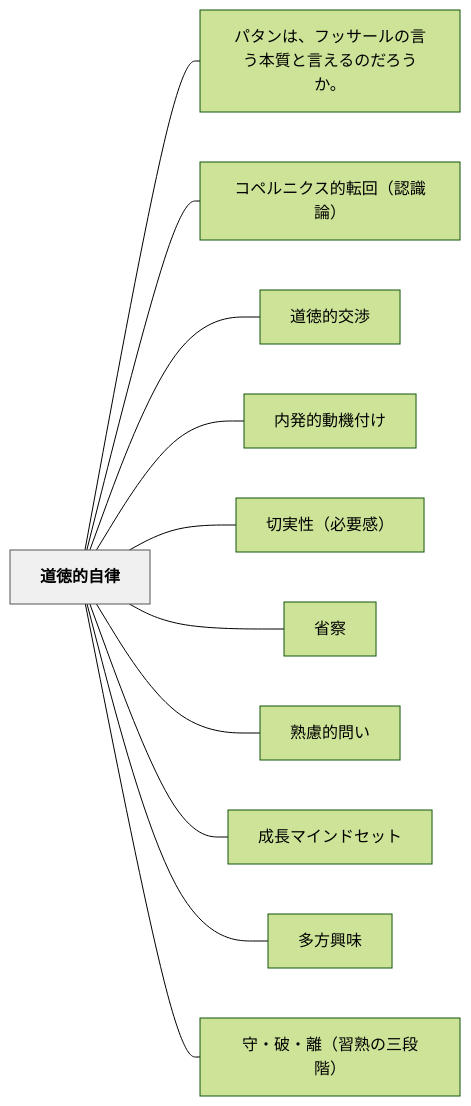
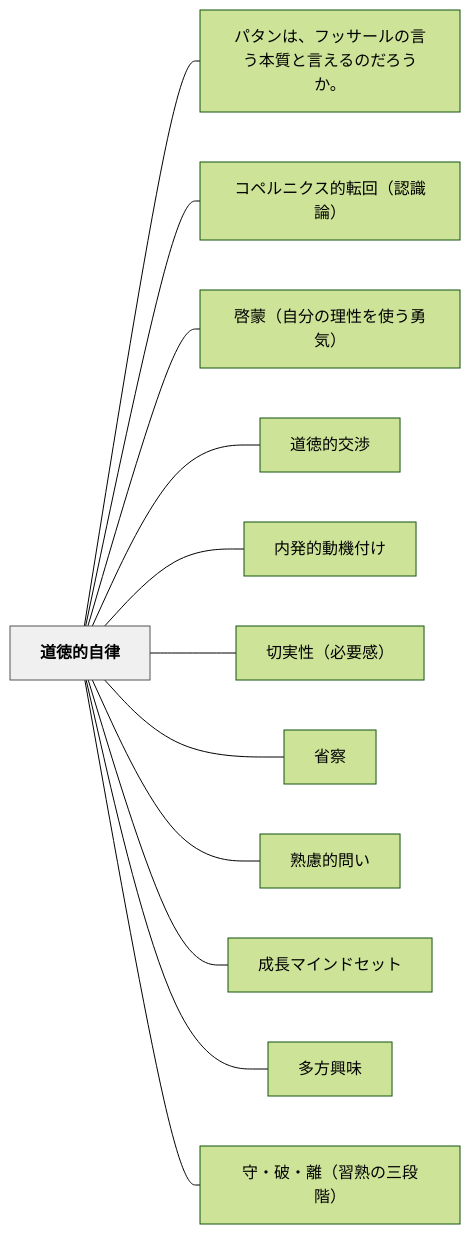
Before and after one commit to unknownthings-ed-patterns/unknownthings-ed-patterns: the diagram in content/パタン/道徳的自律.md, drawn with Mermaid (forest theme). The commit also changed other lines of this file and 16 other files, not shown here.

````diff
--- a/content/パタン/道徳的自律.md
+++ b/content/パタン/道徳的自律.md
@@ -104,28 +111,30 @@
 ```mermaid
 flowchart LR
     ne98193e5beb3e79a84e887aae5be8b["道徳的自律"]
     ne38391e382bfe383b3e381afe38081e38395e38383e382b5e383bce383abe381aee8a880e38186e69cace8b3aae381a8e8a880e38188e3828be381aee381a0e3828de38186e3818be38082["パタンは、フッサールの言う本質と言えるのだろうか。"]
     ne382b3e3839ae383abe3838be382afe382b9e79a84e8bba2e59b9eefbc88e8aa8de8ad98e8ab96efbc89["コペルニクス的転回（認識論）"]
+    ne59593e89299efbc88e887aae58886e381aee79086e680a7e38292e4bdbfe38186e58b87e6b097efbc89["啓蒙（自分の理性を使う勇気）"]
     ne98193e5beb3e79a84e4baa4e6b889["道徳的交渉"]
     ne58685e799bae79a84e58b95e6a99fe4bb98e38191["内発的動機付け"]
     ne58887e5ae9fe680a7efbc88e5bf85e8a681e6849fefbc89["切実性（必要感）"]
     ne79c81e5af9f["省察"]
     ne7869fe685aee79a84e5958fe38184["熟慮的問い"]
     ne68890e995b7e3839ee382a4e383b3e38389e382bbe38383e38388["成長マインドセット"]
     ne5a49ae696b9e88888e591b3["多方興味"]
     ne5ae88e383bbe7a0b4e383bbe99ba2efbc88e7bf92e7869fe381aee4b889e6aeb5e99a8eefbc89["守・破・離（習熟の三段階）"]
 
     ne98193e5beb3e79a84e887aae5be8b --- ne38391e382bfe383b3e381afe38081e38395e38383e382b5e383bce383abe381aee8a880e38186e69cace8b3aae381a8e8a880e38188e3828be381aee381a0e3828de38186e3818be38082
     ne98193e5beb3e79a84e887aae5be8b --- ne382b3e3839ae383abe3838be382afe382b9e79a84e8bba2e59b9eefbc88e8aa8de8ad98e8ab96efbc89
+    ne98193e5beb3e79a84e887aae5be8b --- ne59593e89299efbc88e887aae58886e381aee79086e680a7e38292e4bdbfe38186e58b87e6b097efbc89
     ne98193e5beb3e79a84e887aae5be8b --- ne98193e5beb3e79a84e4baa4e6b889
     ne98193e5beb3e79a84e887aae5be8b --- ne58685e799bae79a84e58b95e6a99fe4bb98e38191
     ne98193e5beb3e79a84e887aae5be8b --- ne58887e5ae9fe680a7efbc88e5bf85e8a681e6849fefbc89
     ne98193e5beb3e79a84e887aae5be8b --- ne79c81e5af9f
     ne98193e5beb3e79a84e887aae5be8b --- ne7869fe685aee79a84e5958fe38184
     ne98193e5beb3e79a84e887aae5be8b --- ne68890e995b7e3839ee382a4e383b3e38389e382bbe38383e38388
     ne98193e5beb3e79a84e887aae5be8b --- ne5a49ae696b9e88888e591b3
     ne98193e5beb3e79a84e887aae5be8b --- ne5ae88e383bbe7a0b4e383bbe99ba2efbc88e7bf92e7869fe381aee4b889e6aeb5e99a8eefbc89
 
     classDef hub fill:#f0f0f0,stroke:#555,color:#000,font-weight:bold
     class ne98193e5beb3e79a84e887aae5be8b hub
 ```
````
